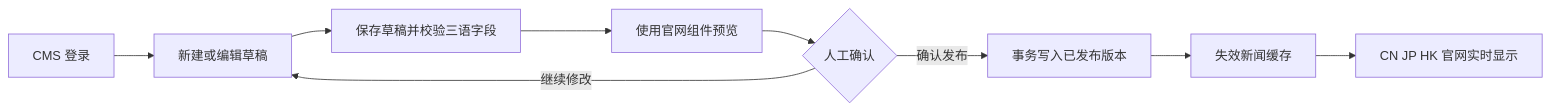
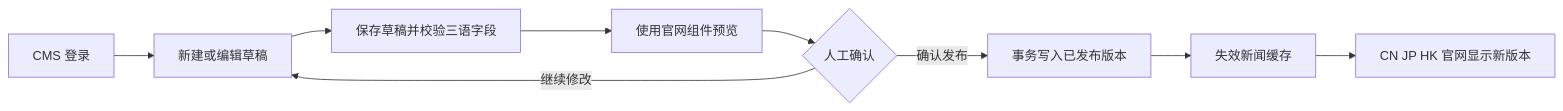
One commit to 846496079-design/haocai_website changed the second of 3 diagrams in docs/superpowers/specs/2026-07-13-news-center-cms-and-performance-design.md. Above: the diagram before and after it, drawn with Mermaid. The commit also changed other lines of this file and 52 other files, not shown here.

````diff
--- a/docs/superpowers/specs/2026-07-13-news-center-cms-and-performance-design.md
+++ b/docs/superpowers/specs/2026-07-13-news-center-cms-and-performance-design.md
@@ -70,11 +70,11 @@
 ```mermaid
 flowchart LR
   A[CMS 登录] --> B[新建或编辑草稿]
   B --> C[保存草稿并校验三语字段]
   C --> D[使用官网组件预览]
   D --> E{人工确认}
   E -- 继续修改 --> B
   E -- 确认发布 --> F[事务写入已发布版本]
   F --> G[失效新闻缓存]
-  G --> H[CN JP HK 官网实时显示]
+  G --> H[CN JP HK 官网显示新版本]
 ```
````
